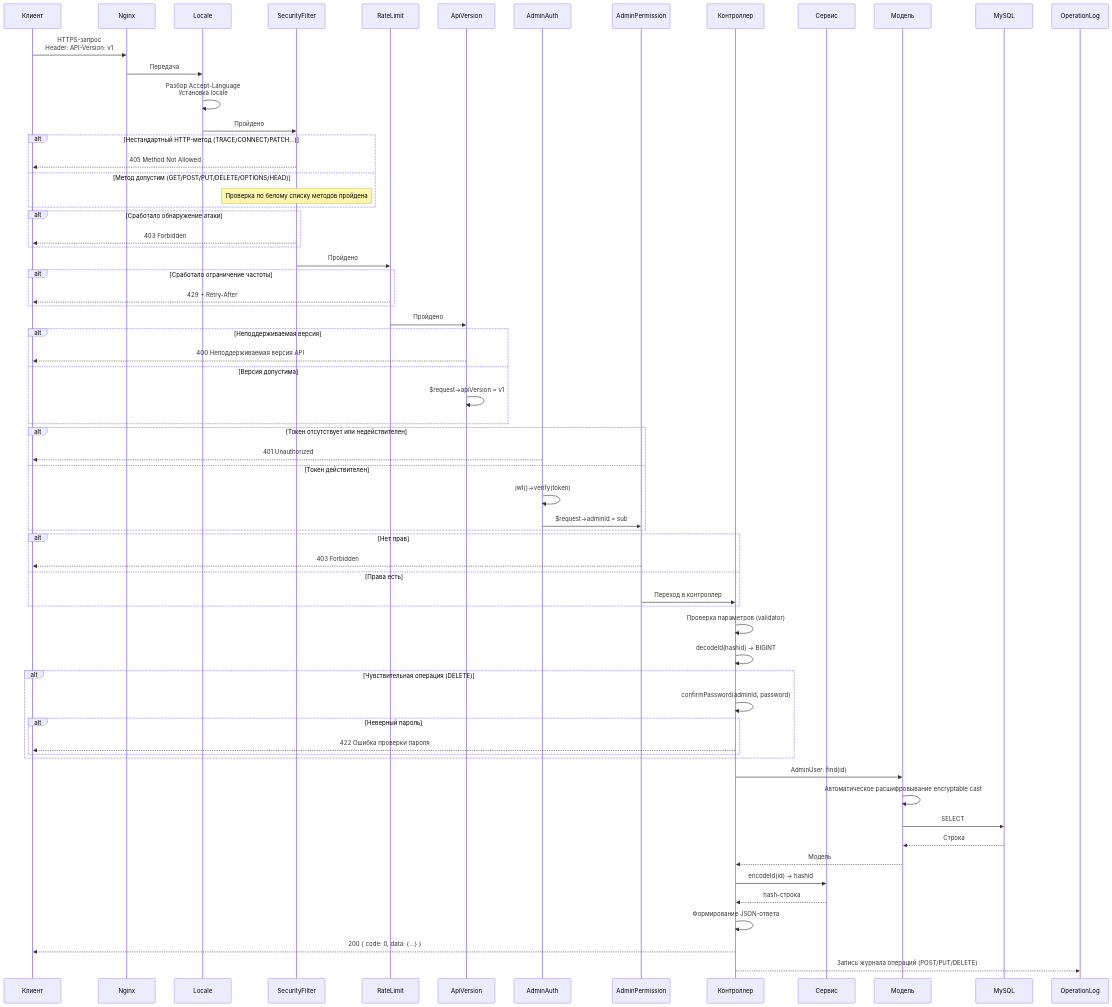
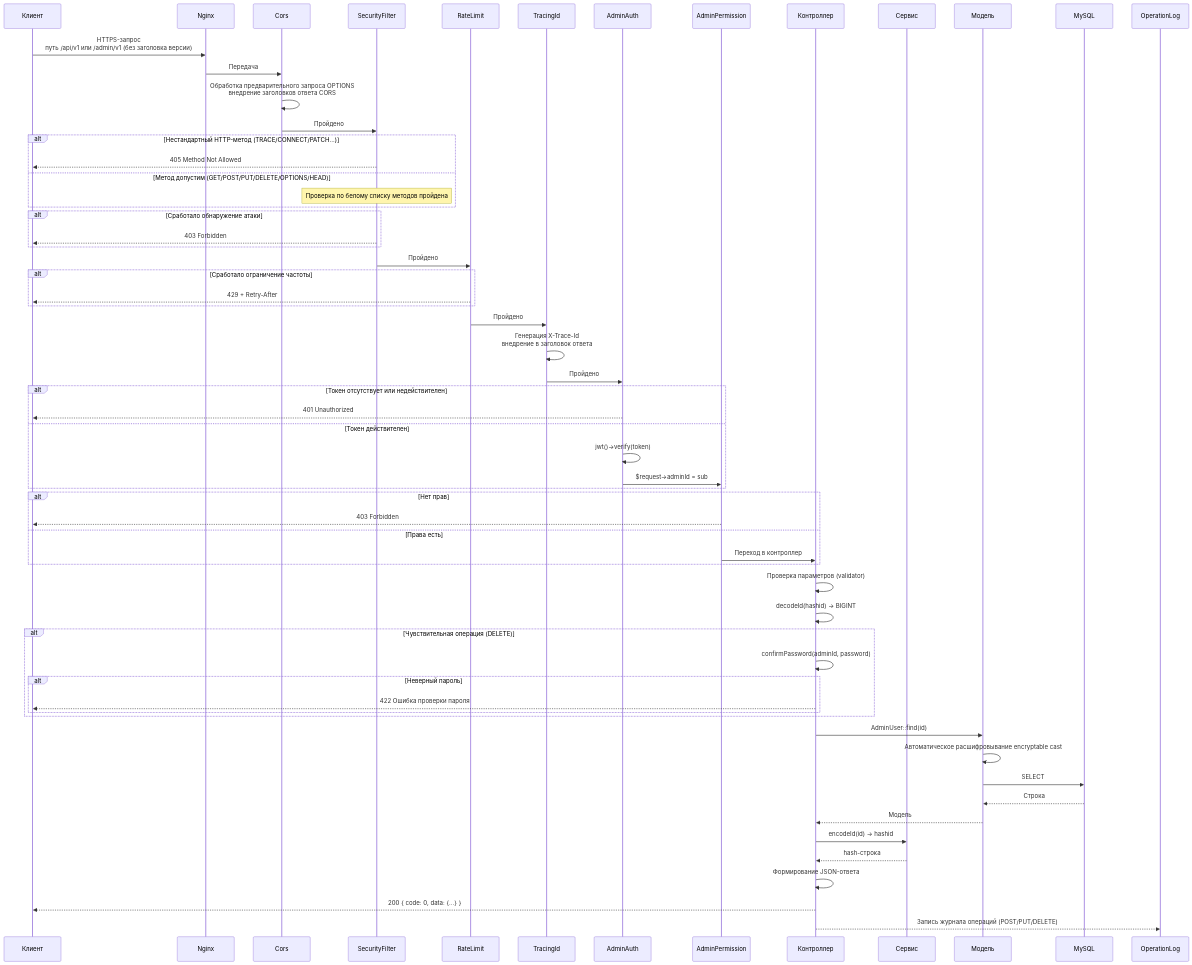
One commit to erikwang2013/erp-php changed the third of 20 diagrams in docs/i18n/ru/ARCHITECTURE.md. Above: the diagram before and after it, drawn with Mermaid. The commit also changed other lines of this file and 325 other files, not shown here.

````diff
--- a/docs/i18n/ru/ARCHITECTURE.md
+++ b/docs/i18n/ru/ARCHITECTURE.md
@@ -157,81 +180,77 @@
 ```mermaid
 sequenceDiagram
     participant C as Клиент
     participant N as Nginx
-    participant MW_LOC as Locale
+    participant MW_CR as Cors
     participant MW_SF as SecurityFilter
     participant MW_RL as RateLimit
-    participant MW0 as ApiVersion
+    participant MW_TID as TracingId
     participant MW1 as AdminAuth
     participant MW2 as AdminPermission
     participant CTL as Контроллер
     participant SVC as Сервис
     participant MDL as Модель
     participant DB as MySQL
     participant OPLOG as OperationLog
 
-    C->>N: HTTPS-запрос<br/>Header: API-Version: v1
-    N->>MW_LOC: Передача
-    MW_LOC->>MW_LOC: Разбор Accept-Language<br/>Установка locale
-    MW_LOC->>MW_SF: Пройдено
+    C->>N: HTTPS-запрос<br/>путь /api/v1 или /admin/v1 (без заголовка версии)
+    N->>MW_CR: Передача
+    MW_CR->>MW_CR: Обработка предварительного запроса OPTIONS<br/>внедрение заголовков ответа CORS
+    MW_CR->>MW_SF: Пройдено
 
     alt Нестандартный HTTP-метод (TRACE/CONNECT/PATCH...)
         MW_SF-->>C: 405 Method Not Allowed
     else Метод допустим (GET/POST/PUT/DELETE/OPTIONS/HEAD)
         Note over MW_SF: Проверка по белому списку методов пройдена
     end
 
     alt Сработало обнаружение атаки
         MW_SF-->>C: 403 Forbidden
     end
 
     MW_SF->>MW_RL: Пройдено
 
     alt Сработало ограничение частоты
         MW_RL-->>C: 429 + Retry-After
     end
 
-    MW_RL->>MW0: Пройдено
-
-    alt Неподдерживаемая версия
-        MW0-->>C: 400 Неподдерживаемая версия API
-    else Версия допустима
-        MW0->>MW0: $request->apiVersion = v1
-    end
+    MW_RL->>MW_TID: Пройдено
+    MW_TID->>MW_TID: Генерация X-Trace-Id<br/>внедрение в заголовок ответа
+    MW_TID->>MW1: Пройдено
 
     alt Токен отсутствует или недействителен
         MW1-->>C: 401 Unauthorized
     else Токен действителен
         MW1->>MW1: jwt()->verify(token)
         MW1->>MW2: $request->adminId = sub
     end
 
     alt Нет прав
         MW2-->>C: 403 Forbidden
     else Права есть
         MW2->>CTL: Переход в контроллер
     end
 
     CTL->>CTL: Проверка параметров (validator)
     CTL->>CTL: decodeId(hashid) → BIGINT
 
     alt Чувствительная операция (DELETE)
         CTL->>CTL: confirmPassword(adminId, password)
         alt Неверный пароль
             CTL-->>C: 422 Ошибка проверки пароля
         end
     end
 
     CTL->>MDL: AdminUser::find(id)
     MDL->>MDL: Автоматическое расшифровывание encryptable cast
     MDL->>DB: SELECT
     DB-->>MDL: Строка
     MDL-->>CTL: Модель
 
     CTL->>SVC: encodeId(id) → hashid
     SVC-->>CTL: hash-строка
 
     CTL->>CTL: Формирование JSON-ответа
     CTL-->>C: 200 { code: 0, data: {...} }
     CTL-->>OPLOG: Запись журнала операций (POST/PUT/DELETE)
 ```
````
